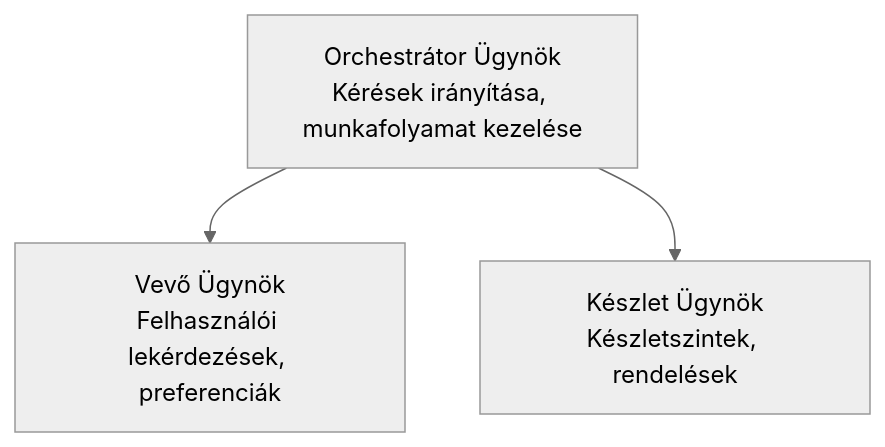
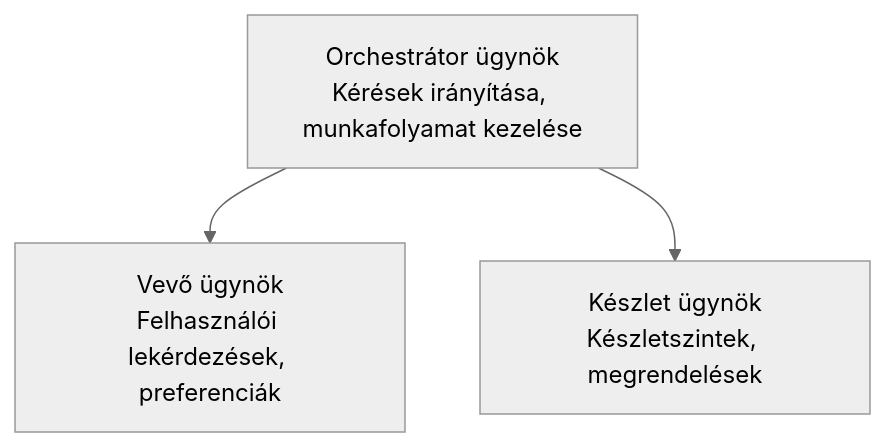
The diagram in translations/hu/docs/chapter-05-multi-agent/README.md (microsoft/AZD-for-beginners), drawn with Mermaid (neutral theme) before and after one commit. The commit also changed other lines of this file and 101 other files, not shown here.

````diff
--- a/translations/hu/docs/chapter-05-multi-agent/README.md
+++ b/translations/hu/docs/chapter-05-multi-agent/README.md
@@ -50,5 +52,5 @@
 ```mermaid
 graph TD
-    Orchestrator[Orchestrátor Ügynök<br/>Kérések irányítása, munkafolyamat kezelése] --> Customer[Vevő Ügynök<br/>Felhasználói lekérdezések, preferenciák]
-    Orchestrator --> Inventory[Készlet Ügynök<br/>Készletszintek, rendelések]
+    Orchestrator[Orchestrátor ügynök<br/>Kérések irányítása, munkafolyamat kezelése] --> Customer[Vevő ügynök<br/>Felhasználói lekérdezések, preferenciák]
+    Orchestrator --> Inventory[Készlet ügynök<br/>Készletszintek, megrendelések]
 ```
````
